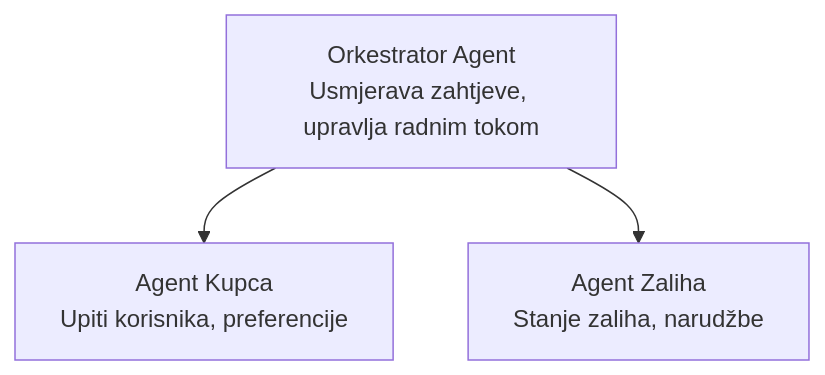
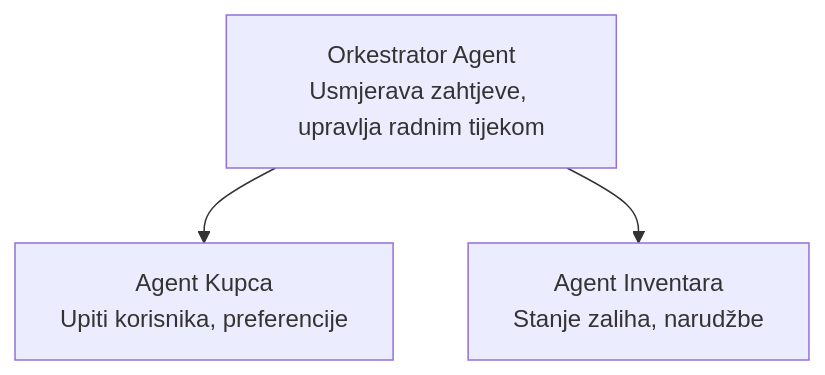
The diagram in translations/hr/docs/chapter-05-multi-agent/README.md (microsoft/AZD-for-beginners), drawn with Mermaid before and after one commit. The commit also changed other lines of this file and 101 other files, not shown here.

````diff
--- a/translations/hr/docs/chapter-05-multi-agent/README.md
+++ b/translations/hr/docs/chapter-05-multi-agent/README.md
@@ -50,5 +52,5 @@
 ```mermaid
 graph TD
-    Orchestrator[Orkestrator Agent<br/>Usmjerava zahtjeve, upravlja radnim tokom] --> Customer[Agent Kupca<br/>Upiti korisnika, preferencije]
-    Orchestrator --> Inventory[Agent Zaliha<br/>Stanje zaliha, narudžbe]
+    Orchestrator[Orkestrator Agent<br/>Usmjerava zahtjeve, upravlja radnim tijekom] --> Customer[Agent Kupca<br/>Upiti korisnika, preferencije]
+    Orchestrator --> Inventory[Agent Inventara<br/>Stanje zaliha, narudžbe]
 ```
````
